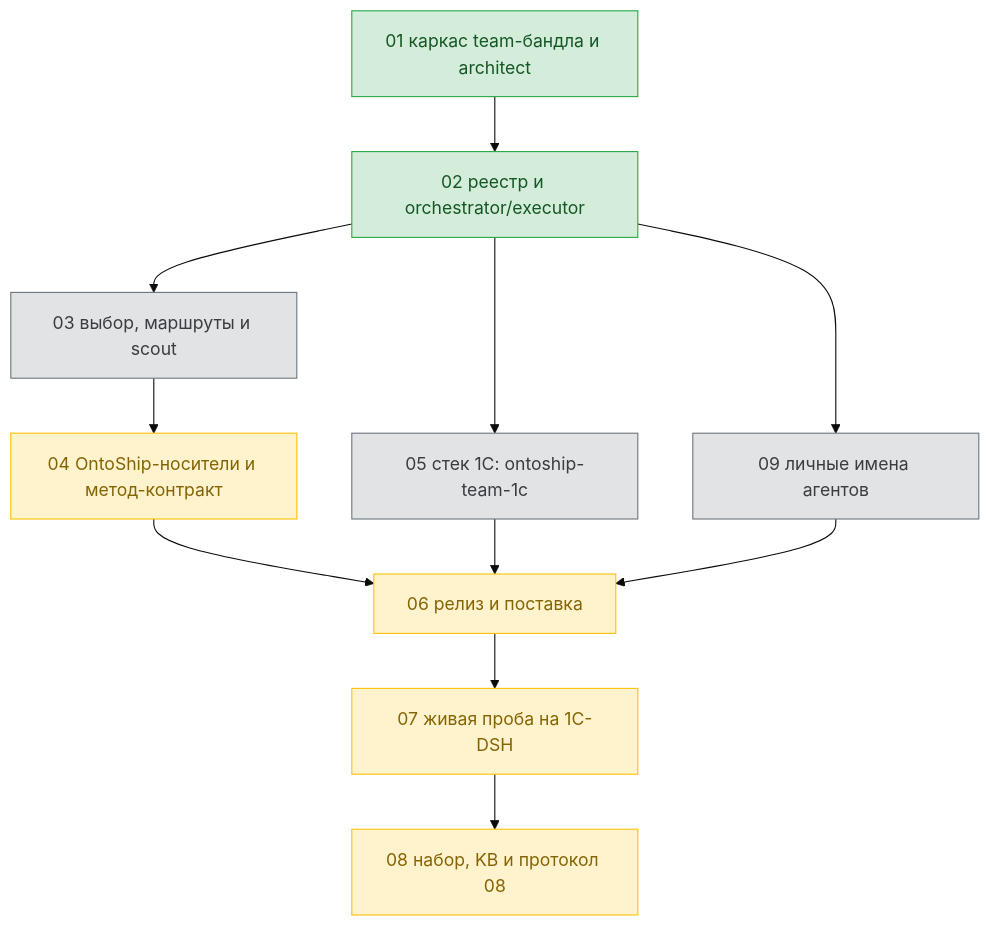
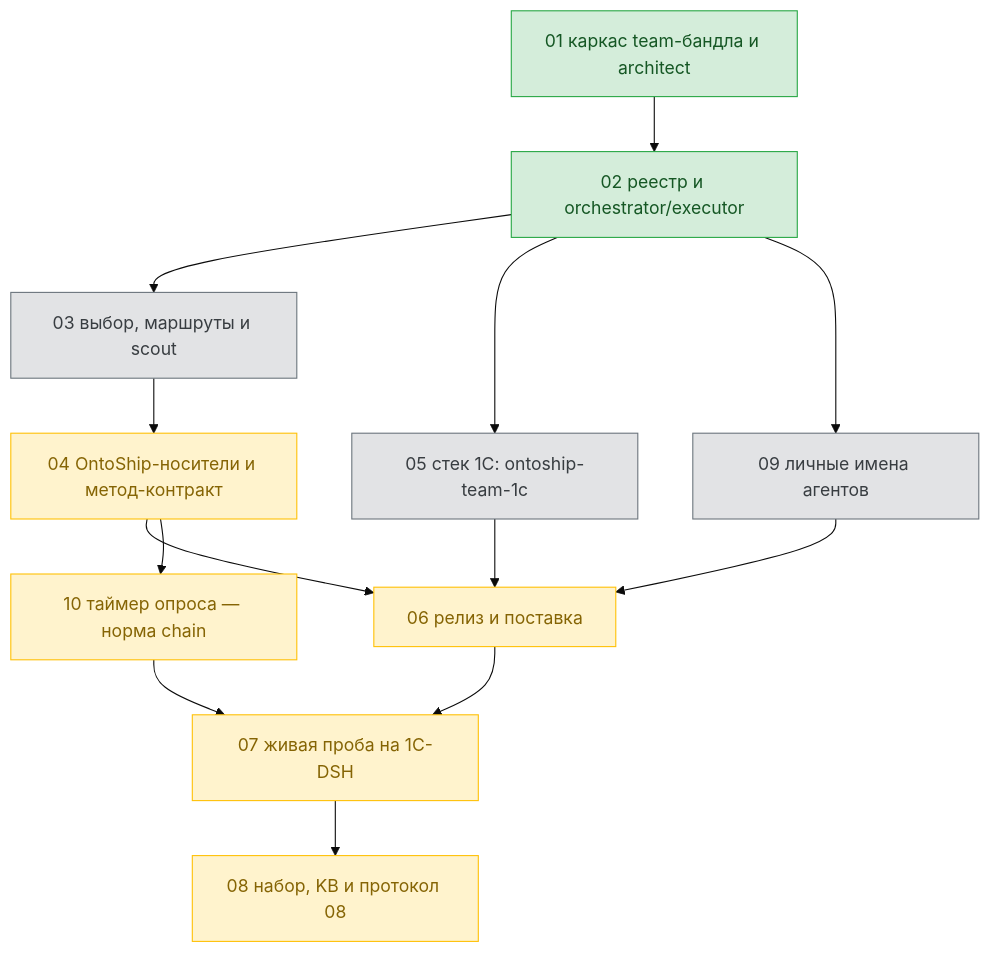
Before and after one commit to ntin60775/ontoship-ntin: the diagram in tickets/team-profiles/dag.md, drawn with Mermaid (base theme). The commit also changed other lines of this file and 5 other files, not shown here.

Commit message:
docs(team-profiles): тикет 10 принят — таймер опроса как норма chain, решение 19 и ревизия спеки

````diff
--- a/tickets/team-profiles/dag.md
+++ b/tickets/team-profiles/dag.md
@@ -11,32 +11,35 @@
 ```mermaid
 flowchart TD
   T01["01 каркас team-бандла и architect"]
   T02["02 реестр и orchestrator/executor"]
   T03["03 выбор, маршруты и scout"]
   T04["04 OntoShip-носители и метод-контракт"]
   T05["05 стек 1C: ontoship-team-1c"]
   T06["06 релиз и поставка"]
   T07["07 живая проба на 1C-DSH"]
   T08["08 набор, KB и протокол 08"]
   T09["09 личные имена агентов"]
+  T10["10 таймер опроса — норма chain"]
 
   T01 --> T02
   T02 --> T03
   T02 --> T05
   T02 --> T09
   T03 --> T04
   T04 --> T06
+  T04 --> T10
   T05 --> T06
   T09 --> T06
   T06 --> T07
+  T10 --> T07
   T07 --> T08
 
   classDef done fill:#d4edda,stroke:#28a745,color:#155724;
   classDef running fill:#cce5ff,stroke:#007bff,color:#004085;
   classDef pending fill:#e2e3e5,stroke:#6c757d,color:#383d41;
   classDef waiting fill:#fff3cd,stroke:#ffc107,color:#856404;
 
   class T01,T02 done;
   class T03,T05,T09 pending;
-  class T04,T06,T07,T08 waiting;
+  class T04,T06,T07,T08,T10 waiting;
 ```
````
